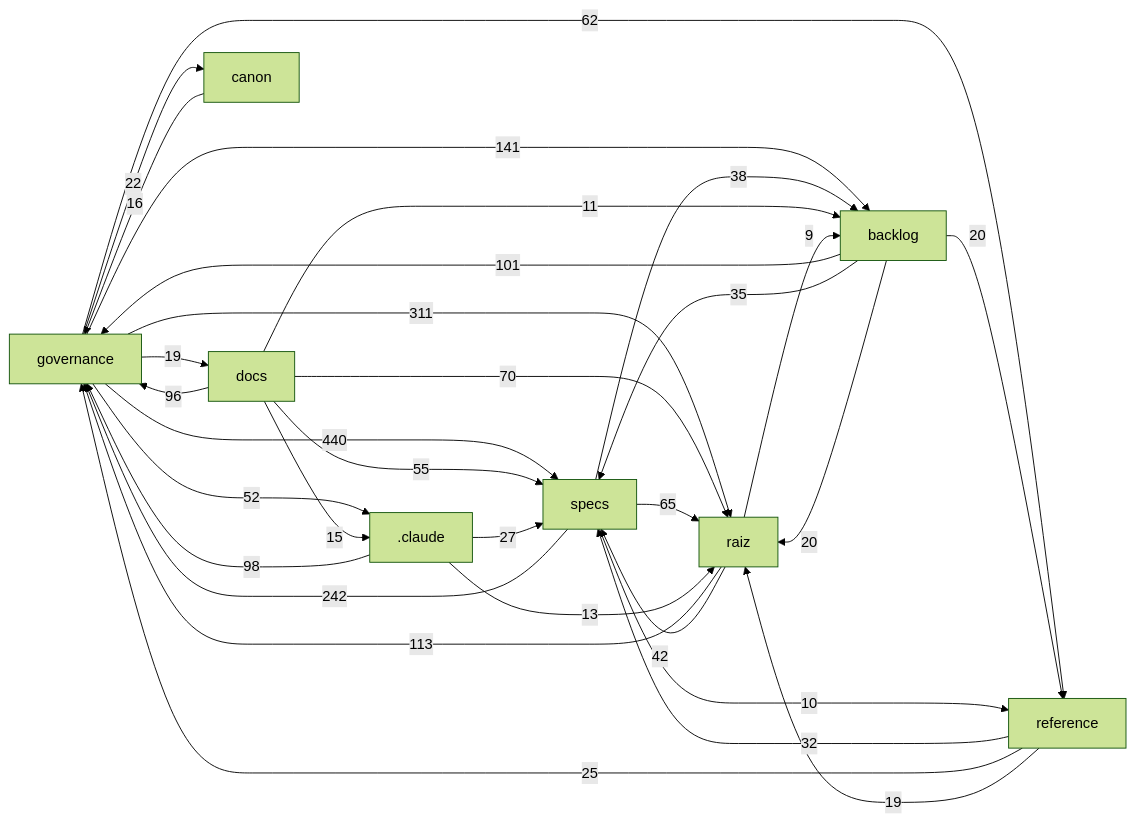
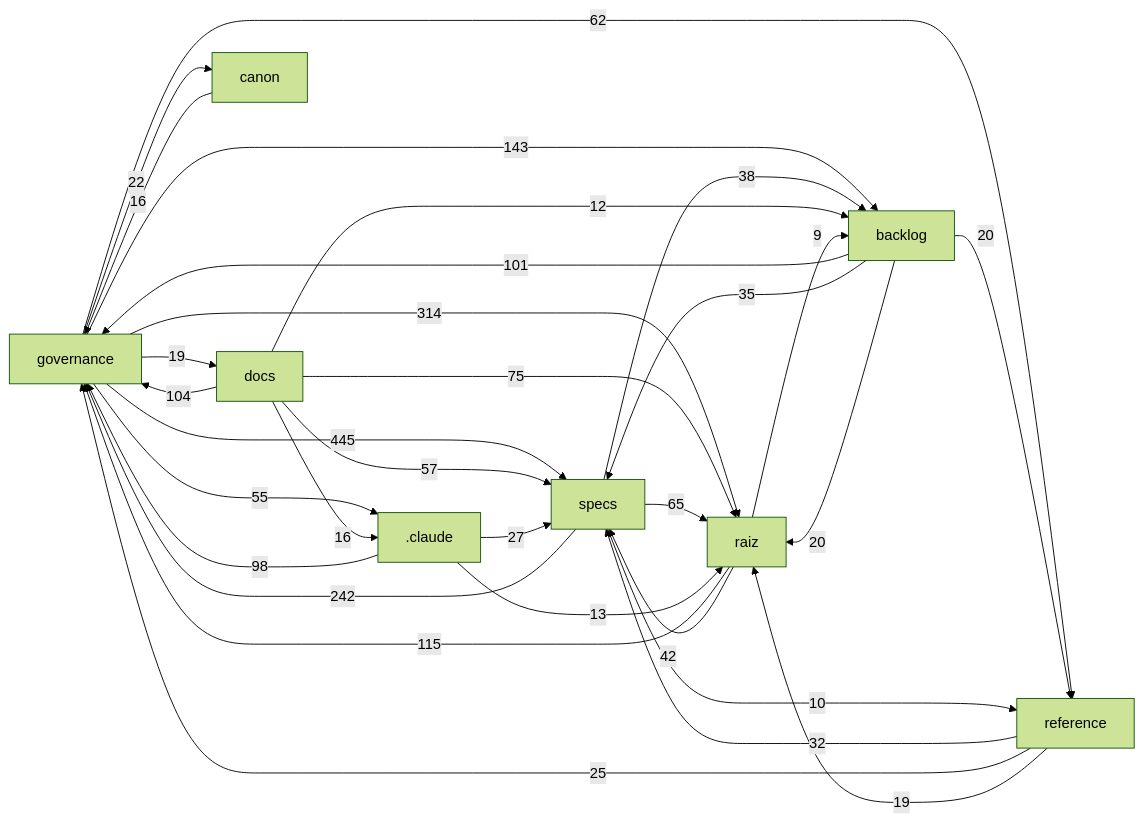
Before and after one commit to Andraus35/Sistema-Operacional-de-Trading--SOT: the diagram in docs/mapa/MAPA-PROJETO.md, drawn with Mermaid (forest theme). The commit also changed other lines of this file and 8 other files, not shown here.

````diff
--- a/docs/mapa/MAPA-PROJETO.md
+++ b/docs/mapa/MAPA-PROJETO.md
@@ -29,33 +29,33 @@
 ```mermaid
 flowchart LR
-  governance["governance"] -->|440| specs["specs"]
-  governance["governance"] -->|311| raiz["raiz"]
+  governance["governance"] -->|445| specs["specs"]
+  governance["governance"] -->|314| raiz["raiz"]
   specs["specs"] -->|242| governance["governance"]
-  governance["governance"] -->|141| backlog["backlog"]
-  raiz["raiz"] -->|113| governance["governance"]
+  governance["governance"] -->|143| backlog["backlog"]
+  raiz["raiz"] -->|115| governance["governance"]
+  docs["docs"] -->|104| governance["governance"]
   backlog["backlog"] -->|101| governance["governance"]
   _claude[".claude"] -->|98| governance["governance"]
-  docs["docs"] -->|96| governance["governance"]
-  docs["docs"] -->|70| raiz["raiz"]
+  docs["docs"] -->|75| raiz["raiz"]
   specs["specs"] -->|65| raiz["raiz"]
   governance["governance"] -->|62| reference["reference"]
-  docs["docs"] -->|55| specs["specs"]
-  governance["governance"] -->|52| _claude[".claude"]
+  docs["docs"] -->|57| specs["specs"]
+  governance["governance"] -->|55| _claude[".claude"]
   raiz["raiz"] -->|42| specs["specs"]
   specs["specs"] -->|38| backlog["backlog"]
   backlog["backlog"] -->|35| specs["specs"]
   reference["reference"] -->|32| specs["specs"]
   _claude[".claude"] -->|27| specs["specs"]
   reference["reference"] -->|25| governance["governance"]
   governance["governance"] -->|22| canon["canon"]
   backlog["backlog"] -->|20| raiz["raiz"]
   backlog["backlog"] -->|20| reference["reference"]
   governance["governance"] -->|19| docs["docs"]
   reference["reference"] -->|19| raiz["raiz"]
   canon["canon"] -->|16| governance["governance"]
-  docs["docs"] -->|15| _claude[".claude"]
+  docs["docs"] -->|16| _claude[".claude"]
   _claude[".claude"] -->|13| raiz["raiz"]
-  docs["docs"] -->|11| backlog["backlog"]
+  docs["docs"] -->|12| backlog["backlog"]
   specs["specs"] -->|10| reference["reference"]
   raiz["raiz"] -->|9| backlog["backlog"]
 ```
````
